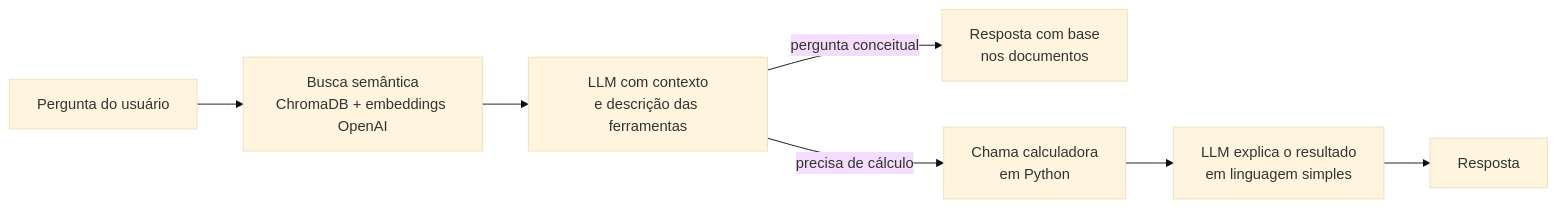
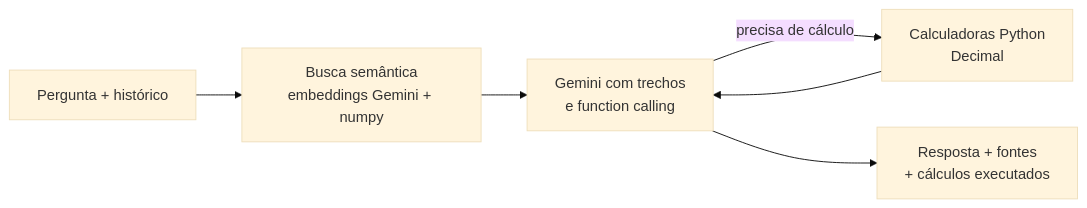
One commit to DCezaum/taxbot-alpha changed the diagram in README.md. Above: the diagram before and after it, drawn with Mermaid (base theme). The commit also changed other lines of this file and 14 other files, not shown here.

First line of the commit message:
TaxBot: calculadoras da Lei 15.270, Gemini com function calling e memória

````diff
--- a/README.md
+++ b/README.md
@@ -22,9 +19,8 @@
 ```mermaid
 flowchart LR
-    U[Pergunta do usuário] --> R[Busca semântica<br/>ChromaDB + embeddings OpenAI]
-    R --> L[LLM com contexto<br/>e descrição das ferramentas]
-    L -->|pergunta conceitual| A[Resposta com base<br/>nos documentos]
-    L -->|precisa de cálculo| T[Chama calculadora<br/>em Python]
-    T --> L2[LLM explica o resultado<br/>em linguagem simples]
-    L2 --> A2[Resposta]
+    U[Pergunta + histórico] --> R[Busca semântica<br/>embeddings Gemini + numpy]
+    R --> L[Gemini com trechos<br/>e function calling]
+    L -->|precisa de cálculo| T[Calculadoras Python<br/>Decimal]
+    T --> L
+    L --> A[Resposta + fontes<br/>+ cálculos executados]
 ```
````
